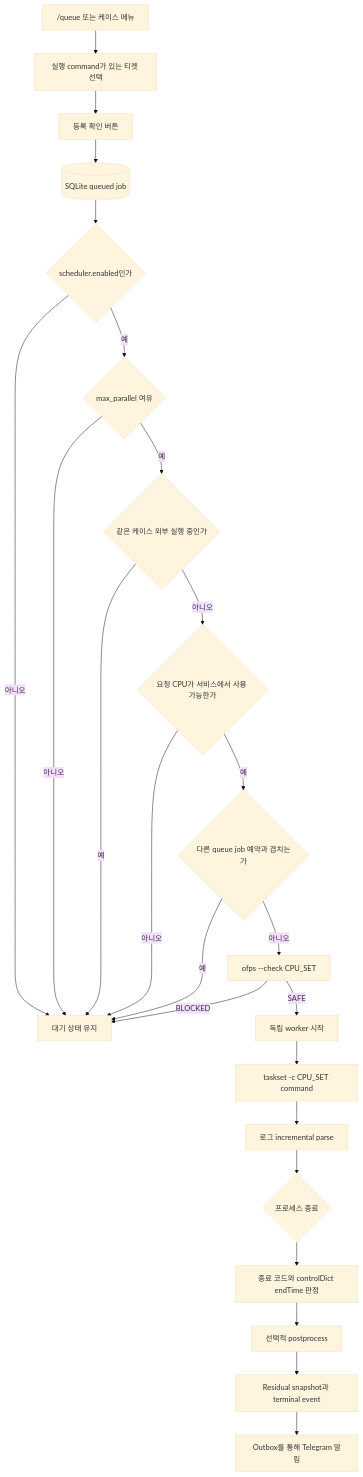
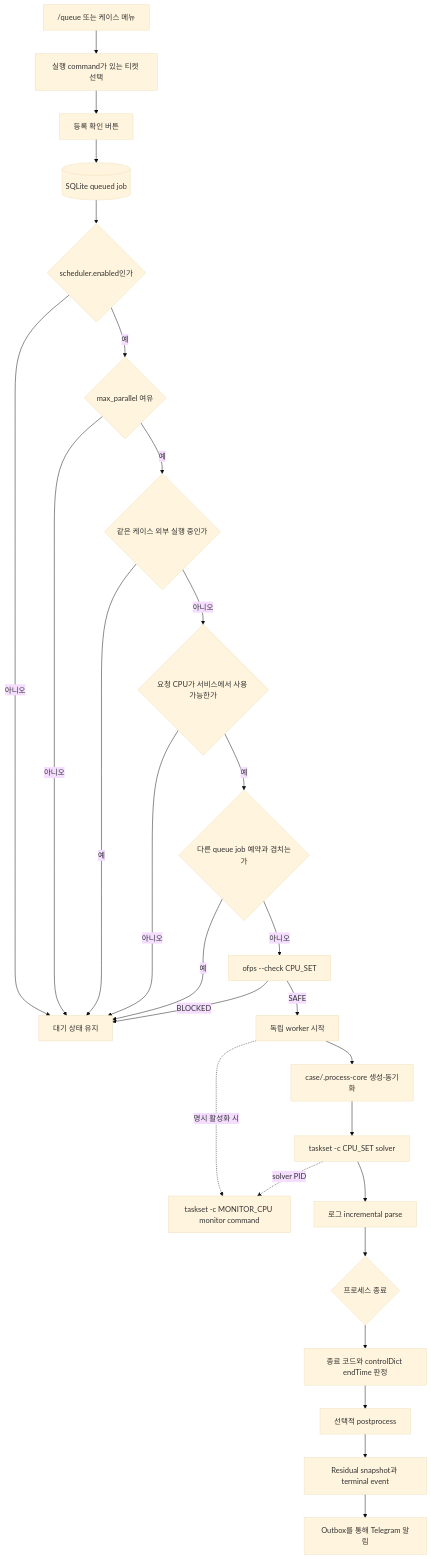
One commit to jo0n-lab/cfd-bot changed the seventh of 12 diagrams in docs/ARCHITECTURE.md. Above: the diagram before and after it, drawn with Mermaid (base theme). The commit also changed other lines of this file and 42 other files, not shown here.

````diff
--- a/docs/ARCHITECTURE.md
+++ b/docs/ARCHITECTURE.md
@@ -304,26 +306,29 @@
 ```mermaid
 flowchart TD
     A["/queue 또는 케이스 메뉴"] --> B[실행 command가 있는 티켓 선택]
     B --> C[등록 확인 버튼]
     C --> D[(SQLite queued job)]
     D --> E{scheduler.enabled인가}
     E -->|아니오| F[대기 상태 유지]
     E -->|예| G{max_parallel 여유}
     G -->|아니오| F
     G -->|예| H{같은 케이스 외부 실행 중인가}
     H -->|예| F
     H -->|아니오| I{요청 CPU가 서비스에서 사용 가능한가}
     I -->|아니오| F
     I -->|예| J{다른 queue job 예약과 겹치는가}
     J -->|예| F
     J -->|아니오| K[ofps --check CPU_SET]
     K -->|BLOCKED| F
     K -->|SAFE| L[독립 worker 시작]
-    L --> M[taskset -c CPU_SET command]
+    L --> PC[case/.process-core 생성·동기화]
+    PC --> M[taskset -c CPU_SET solver]
+    L -. 명시 활성화 시 .-> MM[taskset -c MONITOR_CPU monitor command]
+    M -. solver PID .-> MM
     M --> N[로그 incremental parse]
     N --> O{프로세스 종료}
     O --> P[종료 코드와 controlDict endTime 판정]
     P --> Q[선택적 postprocess]
     Q --> R[Residual snapshot과 terminal event]
     R --> S[Outbox를 통해 Telegram 알림]
 ```
````
